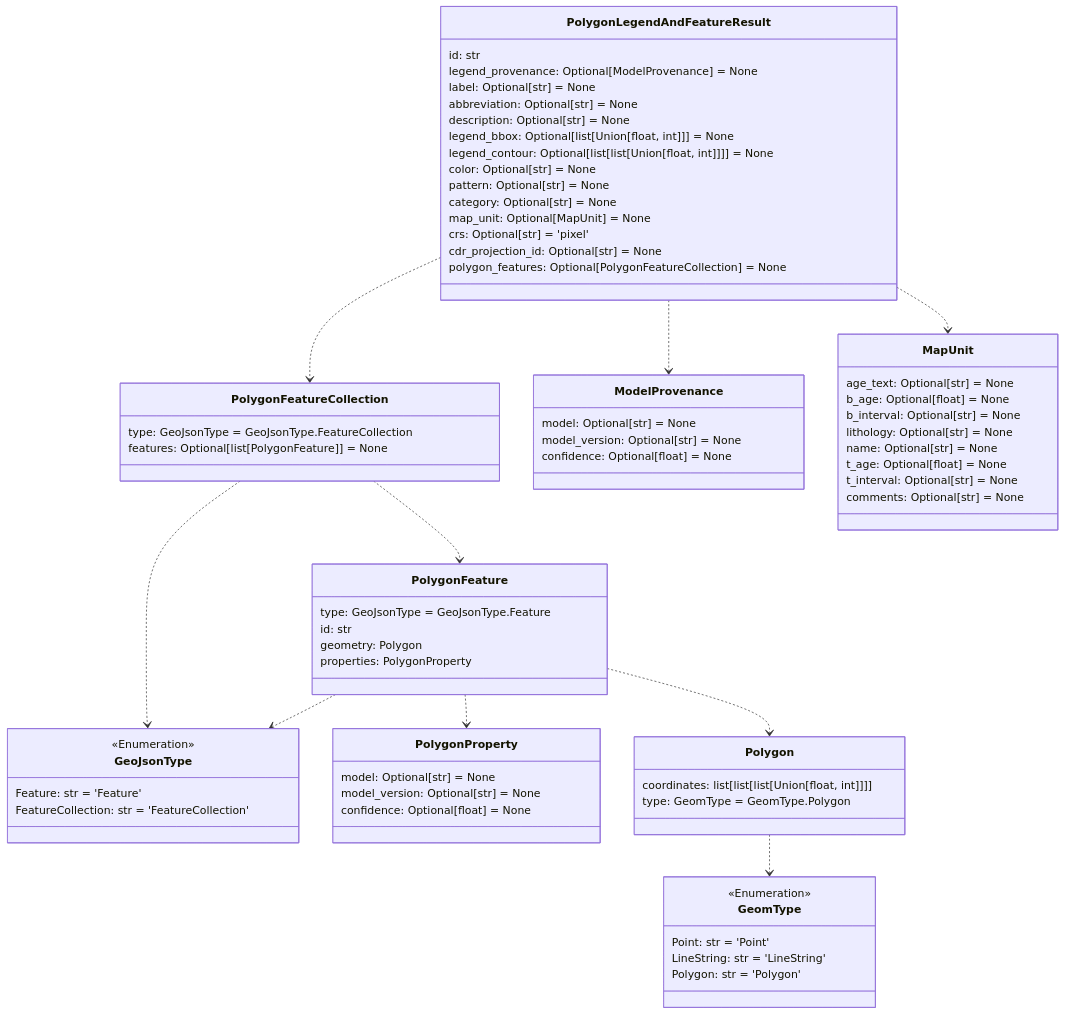
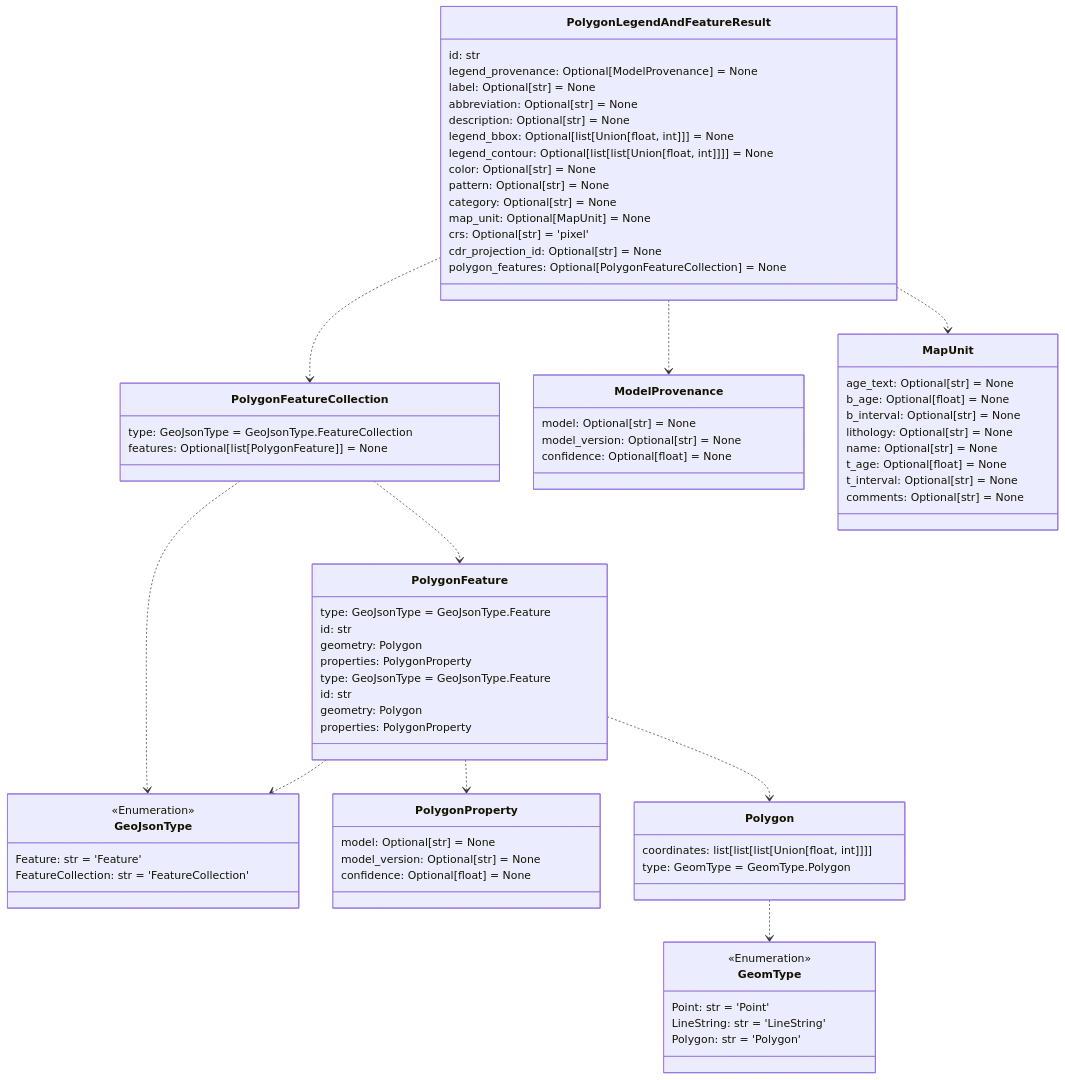
The seventh of 12 diagrams in README.md (DARPA-CRITICALMAAS/cdr_schemas), drawn with Mermaid before and after one commit. The commit also changed other lines of this file and 2 other files, not shown here.

```diff
--- a/README.md
+++ b/README.md
@@ -590,6 +627,13 @@
         confidence: Optional[float] = None
     }
 
+    class PolygonFeature {
+        type: GeoJsonType = GeoJsonType.Feature
+        id: str
+        geometry: Polygon
+        properties: PolygonProperty
+    }
+
     Polygon ..> GeomType
     PolygonFeature ..> GeoJsonType
     PolygonFeature ..> PolygonProperty
```
